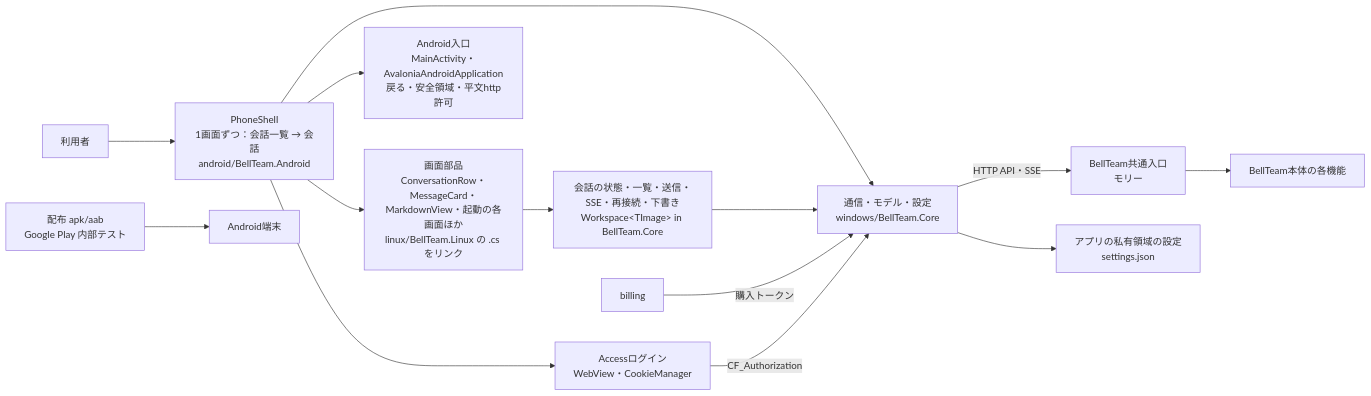
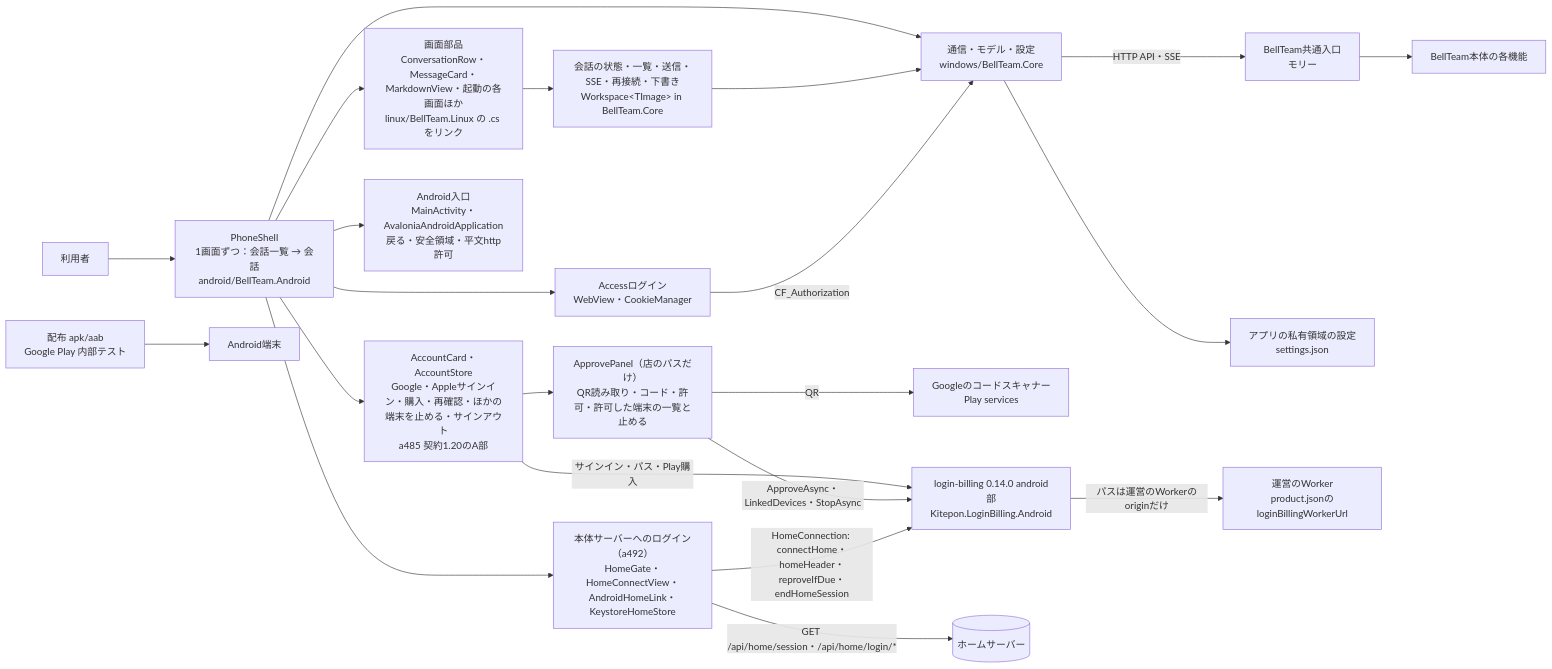
The first of 2 diagrams in docs/android-architecture.md (kitepon/BellTeam), drawn with Mermaid before and after one commit. The commit also changed other lines of this file and 34 other files, not shown here.

First line of the commit message:
a492/a515n/a485 Android + Linux: login-billing account card, home login (HomeConnection), Approval Box 2nd instance, DEBUG-only dev-operator seam (#2250, includes #2235 and #2248)

````diff
--- a/docs/android-architecture.md
+++ b/docs/android-architecture.md
@@ -9,16 +9,24 @@
 ```mermaid
 flowchart LR
   user[利用者] --> shell[PhoneShell<br/>1画面ずつ：会話一覧 → 会話<br/>android/BellTeam.Android]
   shell --> views[画面部品<br/>ConversationRow・MessageCard・MarkdownView・起動の各画面ほか<br/>linux/BellTeam.Linux の .cs をリンク]
   views --> ws[会話の状態・一覧・送信・SSE・再接続・下書き<br/>Workspace&lt;TImage&gt; in BellTeam.Core]
   shell --> core[通信・モデル・設定<br/>windows/BellTeam.Core]
   ws --> core
   core -->|HTTP API・SSE| integration[BellTeam共通入口<br/>モリー]
   core --> local[アプリの私有領域の設定<br/>settings.json]
-  billing -->|購入トークン| core
+  shell --> account[AccountCard・AccountStore<br/>Google・Appleサインイン・購入・再確認・ほかの端末を止める・サインアウト<br/>a485 契約1.20のA部]
+  account --> approve[ApprovePanel（店のパスだけ）<br/>QR読み取り・コード・許可・許可した端末の一覧と止める]
+  approve -->|QR| scanner[Googleのコードスキャナー<br/>Play services]
+  account -->|サインイン・パス・Play購入| lib[login-billing 0.14.0 android部<br/>Kitepon.LoginBilling.Android]
+  approve -->|ApproveAsync・LinkedDevices・StopAsync| lib
+  shell --> homelink[本体サーバーへのログイン（a492）<br/>HomeGate・HomeConnectView・AndroidHomeLink・KeystoreHomeStore]
+  homelink -->|HomeConnection: connectHome・homeHeader・reproveIfDue・endHomeSession| lib
+  homelink -->|GET /api/home/session・/api/home/login/*| homeserver[(ホームサーバー)]
+  lib -->|パスは運営のWorkerのoriginだけ| worker[運営のWorker<br/>product.jsonのloginBillingWorkerUrl]
   shell --> access[Accessログイン<br/>WebView・CookieManager]
   access -->|CF_Authorization| core
   shell --> android[Android入口<br/>MainActivity・AvaloniaAndroidApplication<br/>戻る・安全領域・平文http許可]
   release[配布 apk/aab<br/>Google Play 内部テスト] --> device[Android端末]
   integration --> server[BellTeam本体の各機能]
 ```
````
